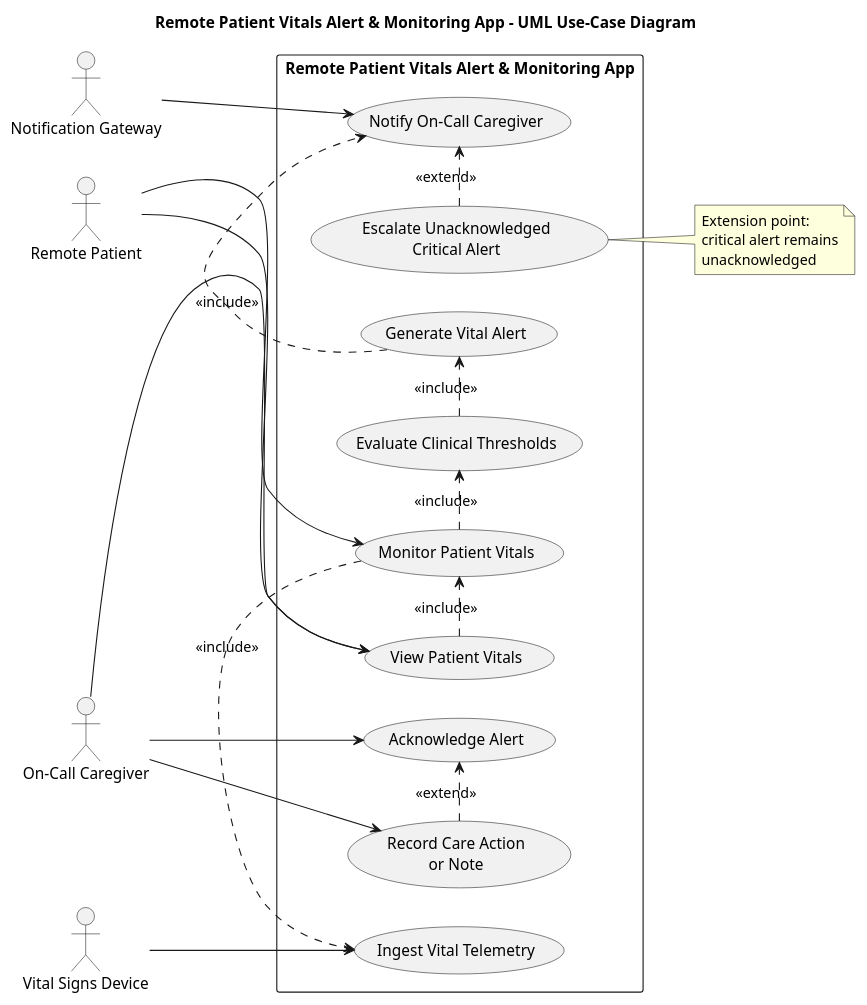
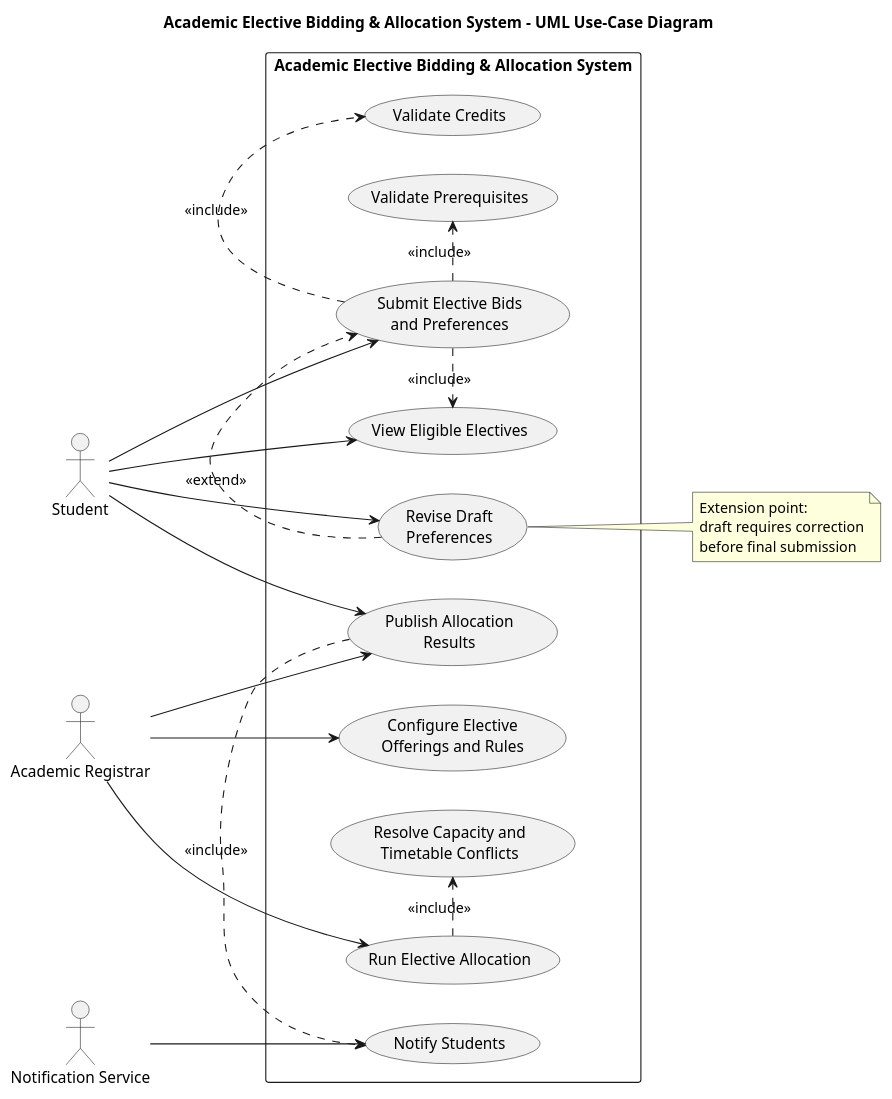
One commit to Dhyan-rao-10/Software-Engineering-Lab changed the diagram in Lab 1/use-case-diagram.puml. Above: the diagram before and after it, drawn with PlantUML. The commit also changed 18 other files, not shown here.

```diff
--- a/Lab 1/use-case-diagram.puml
+++ b/Lab 1/use-case-diagram.puml
@@ -1,45 +1,45 @@
 @startuml
-title Remote Patient Vitals Alert & Monitoring App - UML Use-Case Diagram
+title Academic Elective Bidding & Allocation System - UML Use-Case Diagram
 left to right direction
 skinparam packageStyle rectangle
 skinparam shadowing false
 
-actor "Remote Patient" as Patient
-actor "On-Call Caregiver" as Caregiver
-actor "Vital Signs Device" as Device
-actor "Notification Gateway" as Gateway
+actor Student
+actor "Academic Registrar" as Registrar
+actor "Notification Service" as Notification
 
-rectangle "Remote Patient Vitals Alert & Monitoring App" {
-  usecase "Monitor Patient Vitals" as Monitor
-  usecase "Ingest Vital Telemetry" as Ingest
-  usecase "Evaluate Clinical Thresholds" as Evaluate
-  usecase "Generate Vital Alert" as Generate
-  usecase "Notify On-Call Caregiver" as Notify
-  usecase "Escalate Unacknowledged\nCritical Alert" as Escalate
-  usecase "View Patient Vitals" as View
-  usecase "Acknowledge Alert" as Acknowledge
-  usecase "Record Care Action\nor Note" as Record
+rectangle "Academic Elective Bidding & Allocation System" {
+  usecase "Submit Elective Bids\nand Preferences" as Submit
+  usecase "Validate Credits" as Credits
+  usecase "Validate Prerequisites" as Prereq
+  usecase "View Eligible Electives" as Eligible
+  usecase "Run Elective Allocation" as Allocate
+  usecase "Resolve Capacity and\nTimetable Conflicts" as Conflicts
+  usecase "Configure Elective\nOfferings and Rules" as Configure
+  usecase "Publish Allocation\nResults" as Publish
+  usecase "Revise Draft\nPreferences" as Revise
+  usecase "Notify Students" as Notify
 }
 
-Patient --> View
-Patient --> Monitor
-Device --> Ingest
-Caregiver --> View
-Caregiver --> Acknowledge
-Caregiver --> Record
-Gateway --> Notify
+Student --> Submit
+Student --> Eligible
+Student --> Revise
+Student --> Publish
+Registrar --> Configure
+Registrar --> Allocate
+Registrar --> Publish
+Notification --> Notify
 
-Monitor .> Ingest : <<include>>
-Monitor .> Evaluate : <<include>>
-Evaluate .> Generate : <<include>>
-Generate .> Notify : <<include>>
-Escalate .> Notify : <<extend>>
-View .> Monitor : <<include>>
-Record .> Acknowledge : <<extend>>
+Submit .> Credits : <<include>>
+Submit .> Prereq : <<include>>
+Submit .> Eligible : <<include>>
+Allocate .> Conflicts : <<include>>
+Publish .> Notify : <<include>>
+Revise .> Submit : <<extend>>
 
-note right of Escalate
+note right of Revise
 Extension point:
-critical alert remains
-unacknowledged
+draft requires correction
+before final submission
 end note
 @enduml
```
